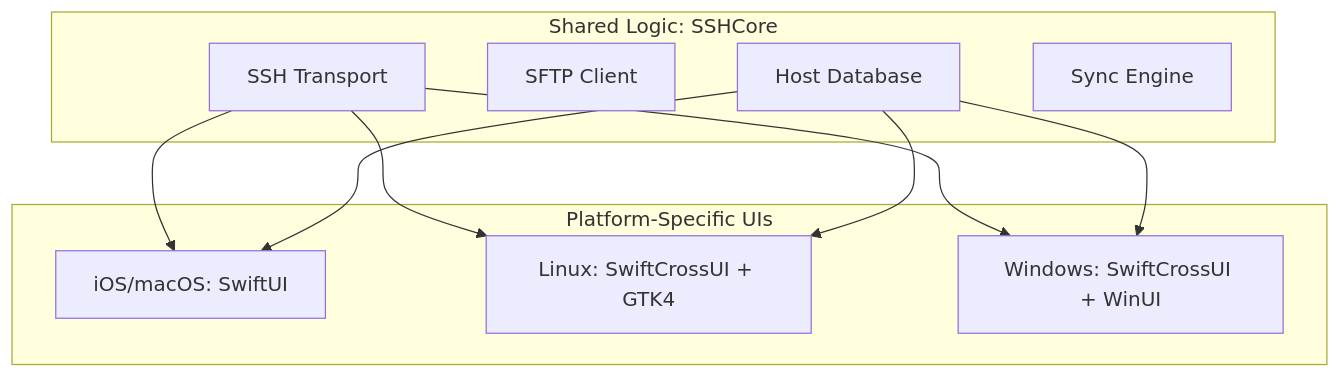
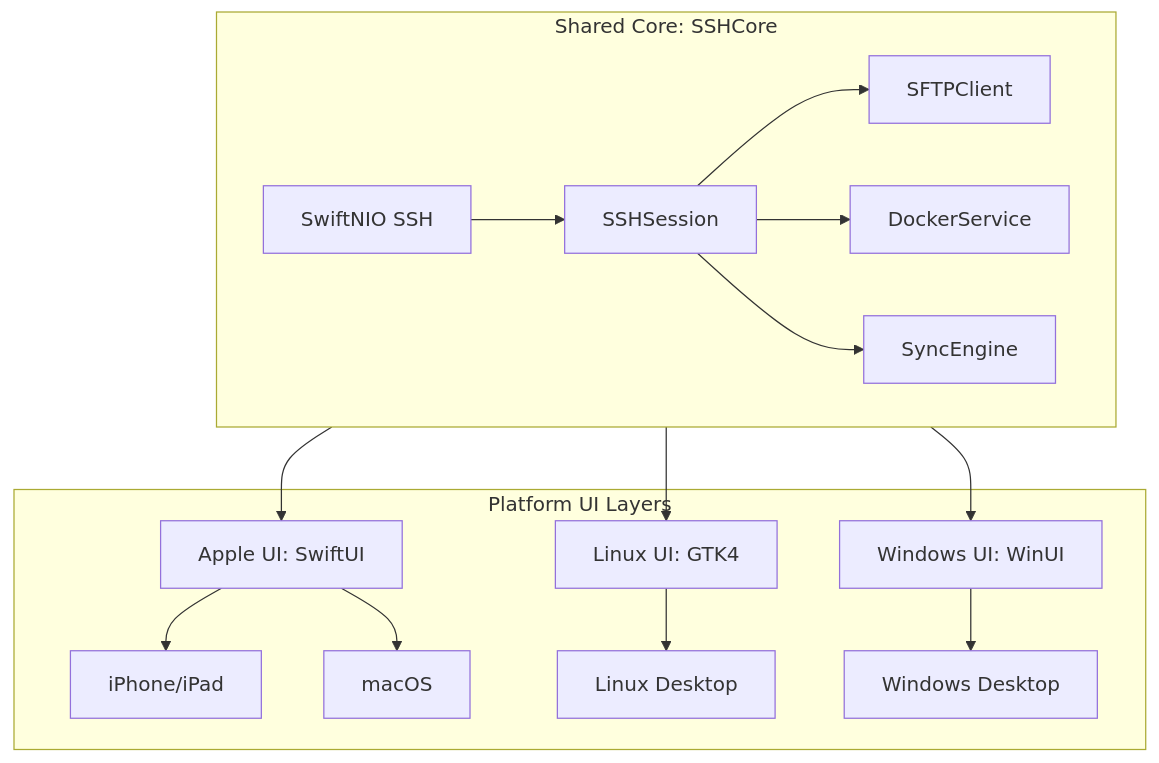
One commit to blixten85/bastion changed the first of 2 diagrams in .cubic/wiki/02-architecture/02-platform-strategy.md. Above: the diagram before and after it, drawn with Mermaid. The commit also changed other lines of this file and 49 other files, not shown here.

````diff
--- a/.cubic/wiki/02-architecture/02-platform-strategy.md
+++ b/.cubic/wiki/02-architecture/02-platform-strategy.md
@@ -33,22 +31,20 @@
 ```mermaid
 graph TD
-    subgraph Shared_Core [Shared Logic: SSHCore]
-        A[SSH Transport]
-        B[SFTP Client]
-        C[Host Database]
-        D[Sync Engine]
+    subgraph Shared_Core [Shared Core: SSHCore]
+        A[SwiftNIO SSH] --> B[SSHSession]
+        B --> C[SFTPClient]
+        B --> D[DockerService]
+        B --> E[SyncEngine]
     end
 
-    subgraph Platform_Layers [Platform-Specific UIs]
-        E[iOS/macOS: SwiftUI]
-        F[Linux: SwiftCrossUI + GTK4]
-        G[Windows: SwiftCrossUI + WinUI]
+    Shared_Core --> F[Apple UI: SwiftUI]
+    Shared_Core --> G[Linux UI: GTK4]
+    Shared_Core --> H[Windows UI: WinUI]
+    
+    subgraph Platform_specific [Platform UI Layers]
+        F --> F1[iPhone/iPad]
+        F --> F2[macOS]
+        G --> G1[Linux Desktop]
+        H --> H1[Windows Desktop]
     end
-
-    A --> E
-    A --> F
-    A --> G
-    C --> E
-    C --> F
-    C --> G
 ```
````
